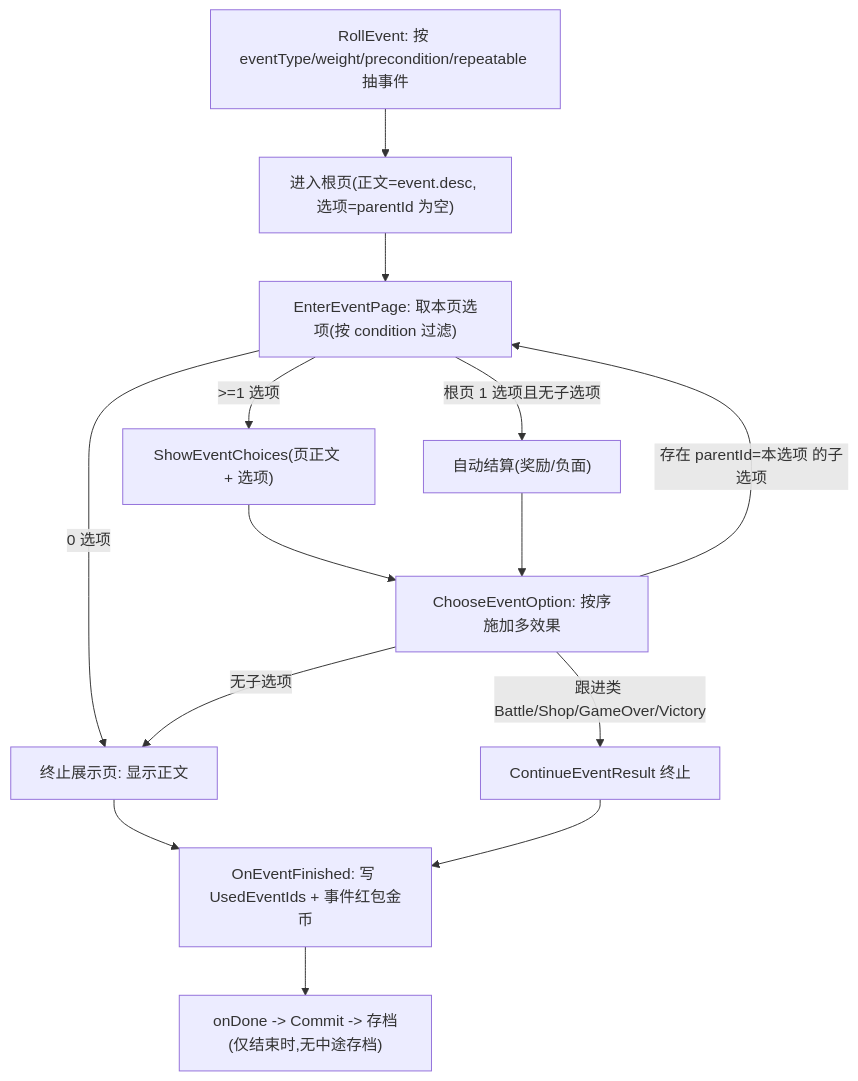
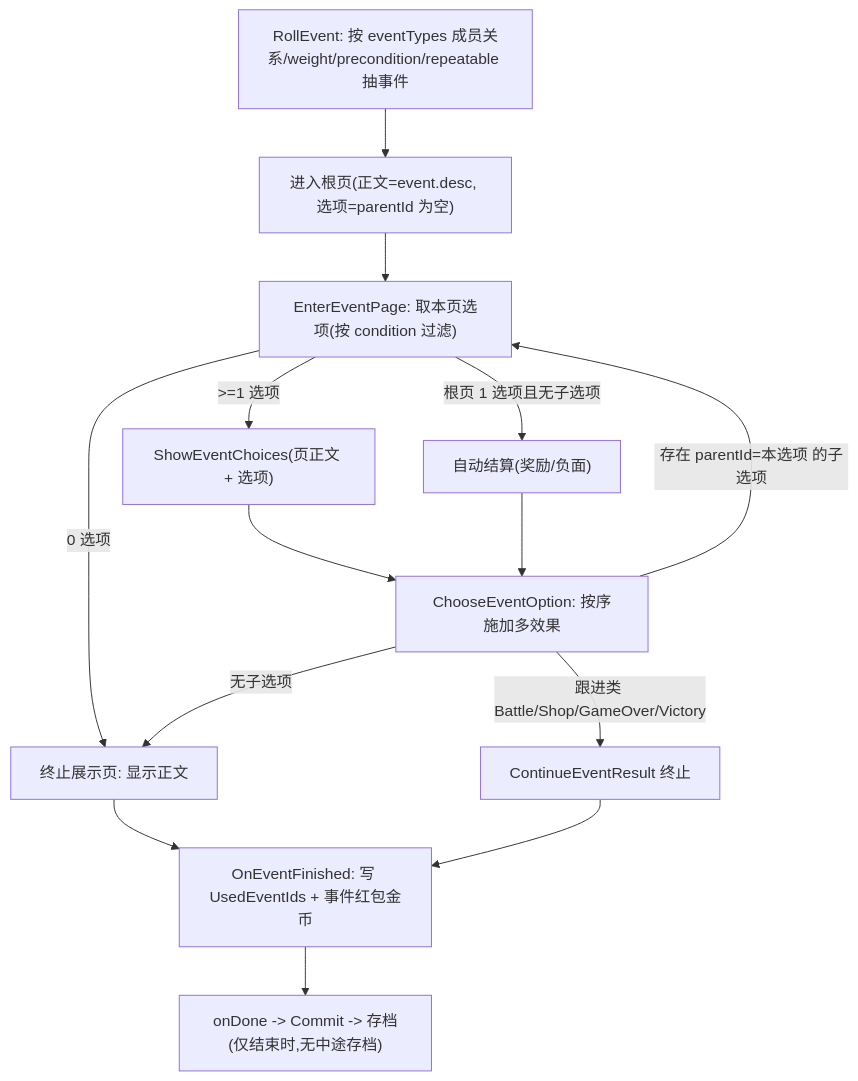
The diagram in GourmetProject/docs/design/游戏设计/事件.md (2563495284/gourmetproject), drawn with Mermaid before and after one commit. The commit also changed other lines of this file and 107 other files, not shown here.

````diff
--- a/GourmetProject/docs/design/游戏设计/事件.md
+++ b/GourmetProject/docs/design/游戏设计/事件.md
@@ -71,16 +73,16 @@
 ```mermaid
 flowchart TD
-    roll["RollEvent: 按 eventType/weight/precondition/repeatable 抽事件"] --> enter["进入根页(正文=event.desc, 选项=parentId 为空)"]
+    roll["RollEvent: 按 eventTypes 成员关系/weight/precondition/repeatable 抽事件"] --> enter["进入根页(正文=event.desc, 选项=parentId 为空)"]
     enter --> proc["EnterEventPage: 取本页选项(按 condition 过滤)"]
     proc -->|"0 选项"| term["终止展示页: 显示正文"]
     proc -->|"根页 1 选项且无子选项"| auto["自动结算(奖励/负面)"]
     proc -->|">=1 选项"| choices["ShowEventChoices(页正文 + 选项)"]
     choices --> choose["ChooseEventOption: 按序施加多效果"]
     auto --> choose
     choose -->|"跟进类 Battle/Shop/GameOver/Victory"| followup["ContinueEventResult 终止"]
     choose -->|"存在 parentId=本选项 的子选项"| proc
     choose -->|"无子选项"| term
     term --> fin["OnEventFinished: 写 UsedEventIds + 事件红包金币"]
     followup --> fin
     fin --> save["onDone -> Commit -> 存档(仅结束时,无中途存档)"]
 ```
````
